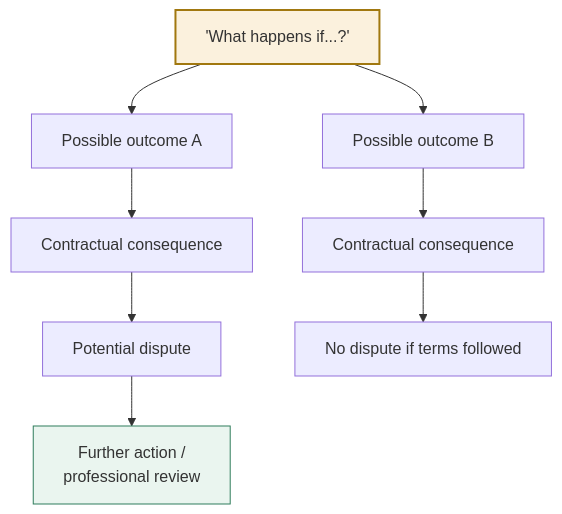
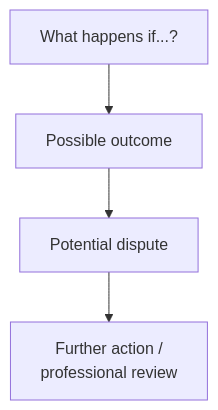
Diagram 11 of 12 in README.md (KodeMeister-YT/CivicShield), drawn with Mermaid before and after one commit. The commit also changed other lines of this file, not shown here.

Commit message:
docs: trim README prose, keep all diagrams and data

````diff
--- a/README.md
+++ b/README.md
@@ -328,13 +196,5 @@
 ```mermaid
 flowchart TD
-    Q["'What happens if...?'"] --> O1[Possible outcome A]
-    Q --> O2[Possible outcome B]
-    O1 --> C1[Contractual consequence]
-    O2 --> C2[Contractual consequence]
-    C1 --> D1[Potential dispute]
-    C2 --> D2[No dispute if terms followed]
+    Q["What happens if...?"] --> O1[Possible outcome] --> D1[Potential dispute]
     D1 --> A1[Further action /<br/>professional review]
-
-    style Q fill:#fbf1dd,stroke:#a1780f,stroke-width:2px
-    style A1 fill:#eaf5ef,stroke:#2f7d5c
 ```
````
